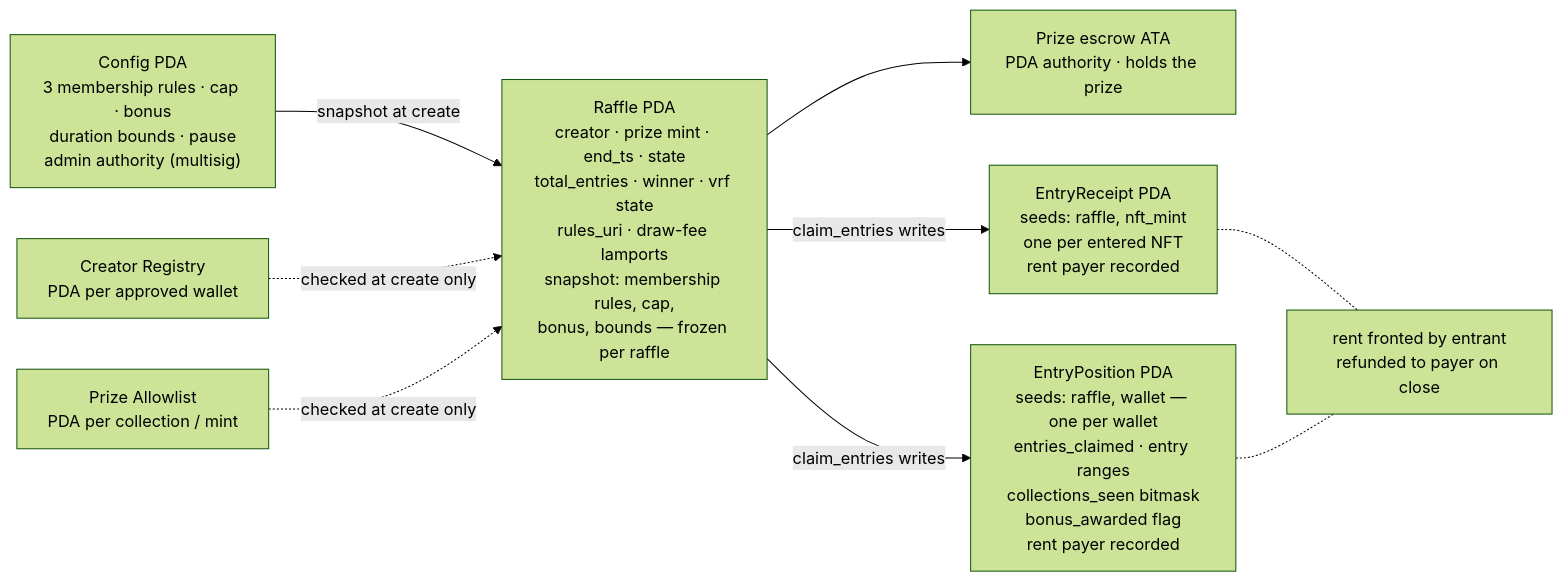
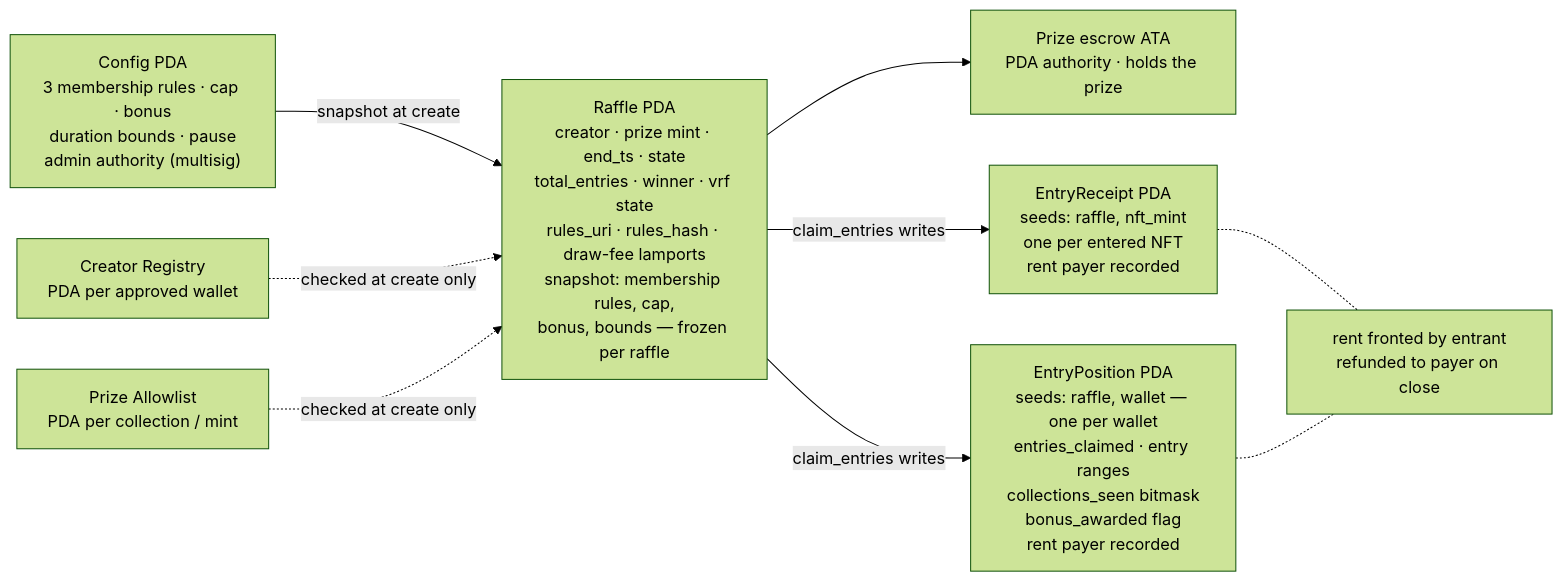
One commit to piggygang/raffles changed the second of 2 diagrams in docs/piggygang-raffles-v1-spec.md. Above: the diagram before and after it, drawn with Mermaid (forest theme). The commit also changed other lines of this file and 3 other files, not shown here.

First line of the commit message:
docs(rules): add rules hosting decision and per-raffle rules template (#6)

````diff
--- a/docs/piggygang-raffles-v1-spec.md
+++ b/docs/piggygang-raffles-v1-spec.md
@@ -248,19 +248,19 @@
 ```mermaid
 flowchart LR
     CFG["Config PDA<br>3 membership rules · cap · bonus<br>duration bounds · pause<br>admin authority (multisig)"]
     REG["Creator Registry<br>PDA per approved wallet"]
     ALW["Prize Allowlist<br>PDA per collection / mint"]
-    RAF["Raffle PDA<br>creator · prize mint · end_ts · state<br>total_entries · winner · vrf state<br>rules_uri · draw-fee lamports<br>snapshot: membership rules, cap,<br>bonus, bounds — frozen per raffle"]
+    RAF["Raffle PDA<br>creator · prize mint · end_ts · state<br>total_entries · winner · vrf state<br>rules_uri · rules_hash · draw-fee lamports<br>snapshot: membership rules, cap,<br>bonus, bounds — frozen per raffle"]
     ESC["Prize escrow ATA<br>PDA authority · holds the prize"]
     ER["EntryReceipt PDA<br>seeds: raffle, nft_mint<br>one per entered NFT<br>rent payer recorded"]
     EP["EntryPosition PDA<br>seeds: raffle, wallet — one per wallet<br>entries_claimed · entry ranges<br>collections_seen bitmask<br>bonus_awarded flag<br>rent payer recorded"]
     RENT["rent fronted by entrant<br>refunded to payer on close"]
     CFG -->|snapshot at create| RAF
     REG -.->|checked at create only| RAF
     ALW -.->|checked at create only| RAF
     RAF --> ESC
     RAF -->|claim_entries writes| ER
     RAF -->|claim_entries writes| EP
     ER -.- RENT
     EP -.- RENT
 ```
````
